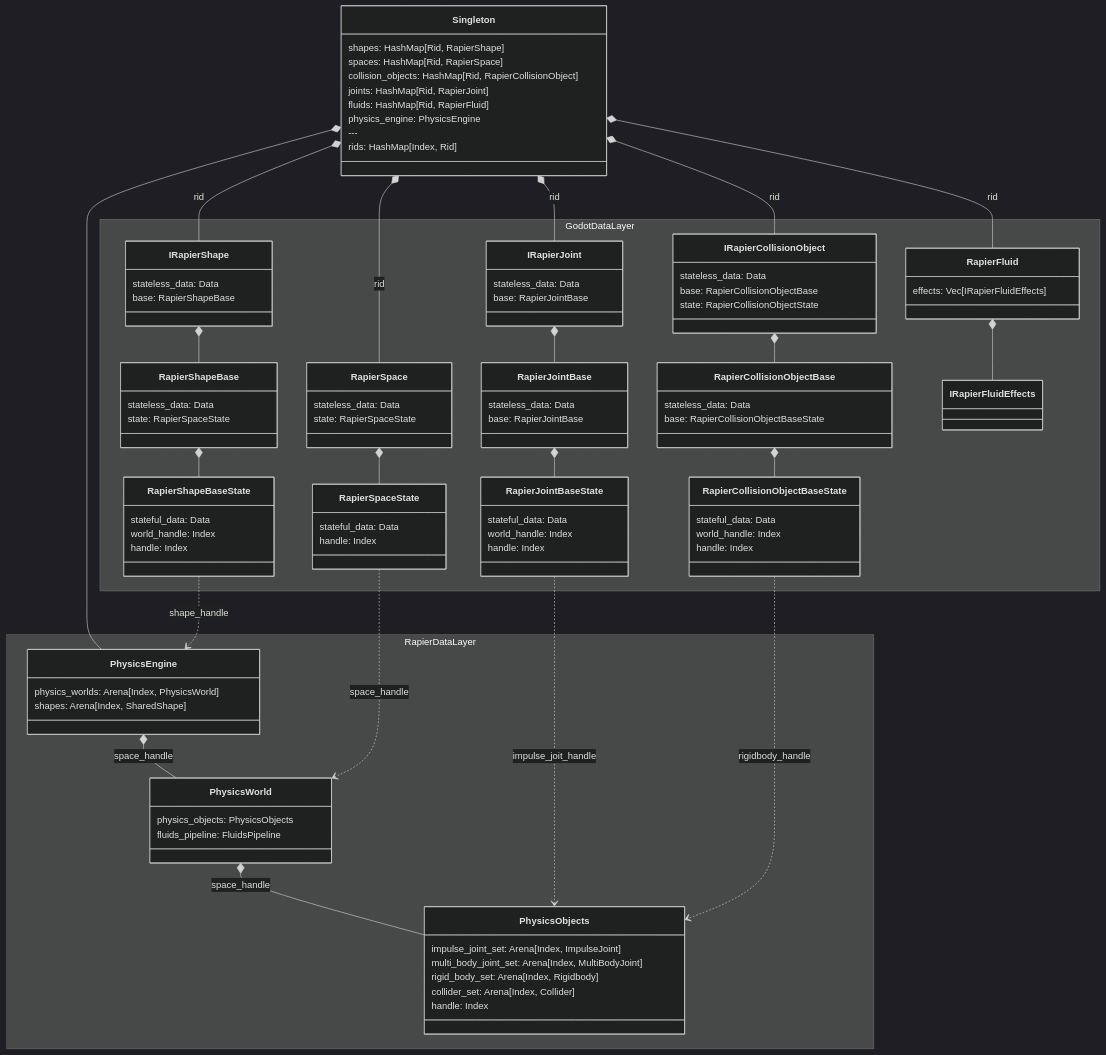
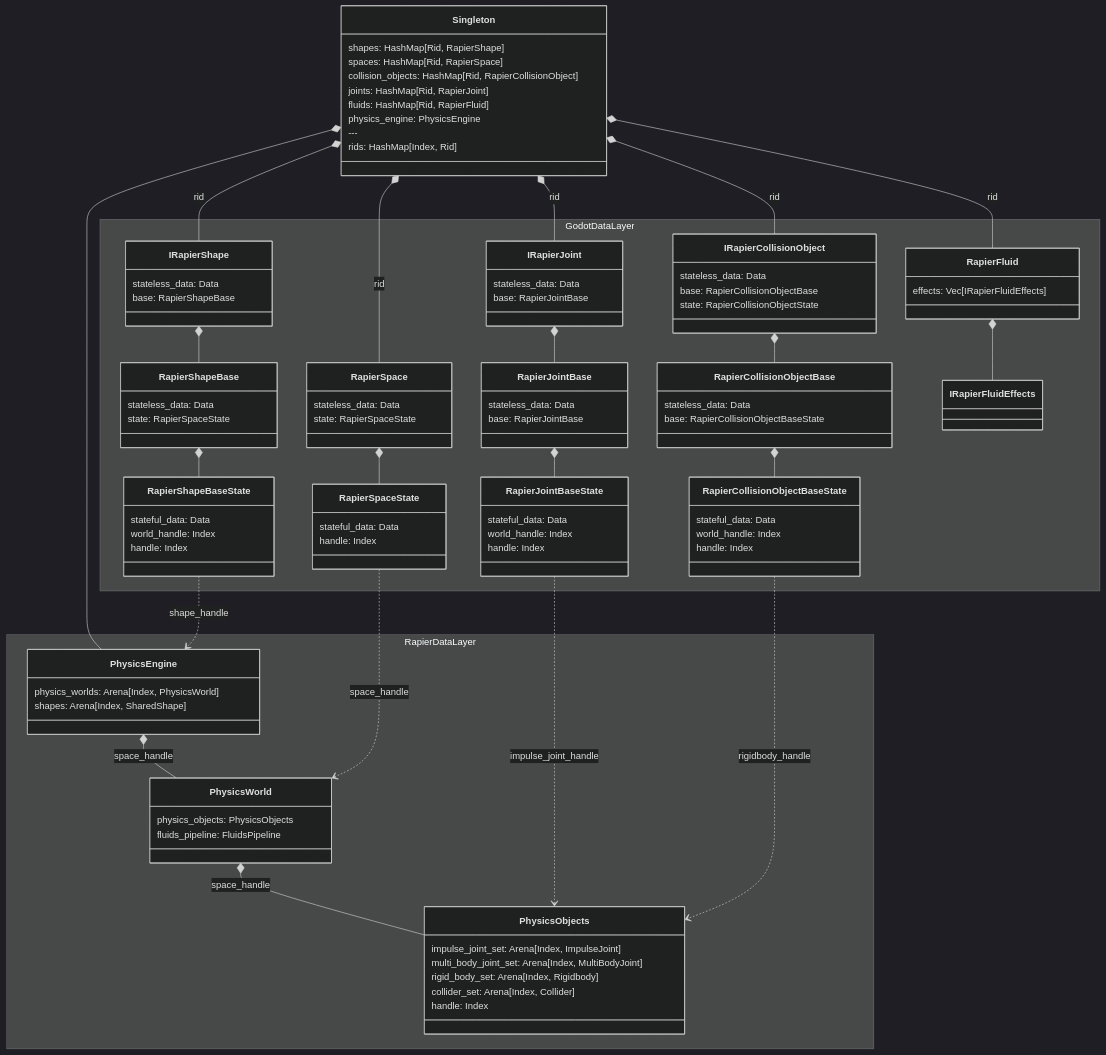
The diagram in ARCHITECTURE.md (appsinacup/godot-rapier-physics), drawn with Mermaid (dark theme) before and after one commit. The commit also changed other lines of this file, not shown here.

```diff
--- a/ARCHITECTURE.md
+++ b/ARCHITECTURE.md
@@ -115,7 +115,7 @@
 
     IRapierJoint *-- RapierJointBase
     RapierJointBase *-- RapierJointBaseState
-    RapierJointBaseState ..> PhysicsObjects : impulse_joit_handle
+    RapierJointBaseState ..> PhysicsObjects : impulse_joint_handle
 
     IRapierCollisionObject *-- RapierCollisionObjectBase
     RapierCollisionObjectBase *-- RapierCollisionObjectBaseState
```
